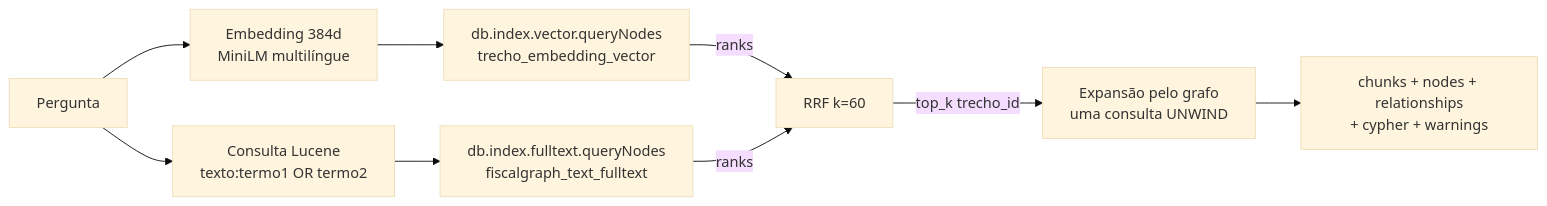
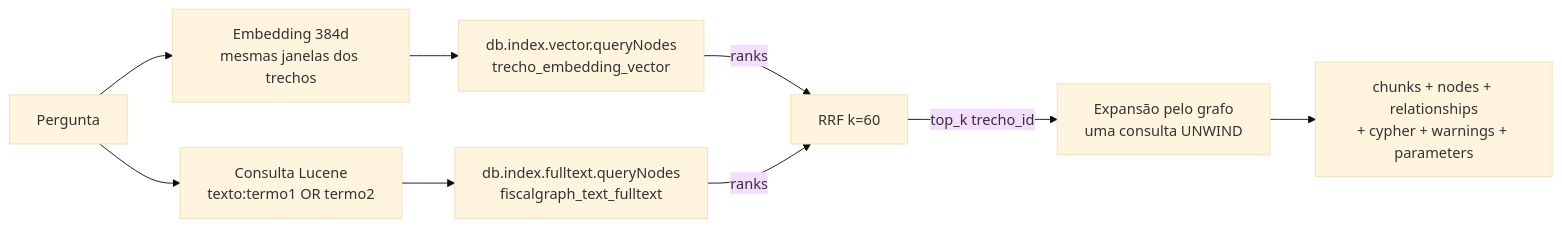
The diagram in docs/recuperacao-hibrida.md (Vitorfjs/fiscalgraph-br), drawn with Mermaid (base theme) before and after one commit. The commit also changed other lines of this file and 21 other files, not shown here.

````diff
--- a/docs/recuperacao-hibrida.md
+++ b/docs/recuperacao-hibrida.md
@@ -46,11 +51,11 @@
 ```mermaid
 flowchart LR
-    Q[Pergunta] --> E[Embedding 384d<br/>MiniLM multilíngue]
+    Q[Pergunta] --> E[Embedding 384d<br/>mesmas janelas dos trechos]
     Q --> L[Consulta Lucene<br/>texto:termo1 OR termo2]
     E --> V[db.index.vector.queryNodes<br/>trecho_embedding_vector]
     L --> F[db.index.fulltext.queryNodes<br/>fiscalgraph_text_fulltext]
     V -->|ranks| R[RRF k=60]
     F -->|ranks| R
     R -->|top_k trecho_id| X[Expansão pelo grafo<br/>uma consulta UNWIND]
-    X --> O[chunks + nodes + relationships<br/>+ cypher + warnings]
+    X --> O[chunks + nodes + relationships<br/>+ cypher + warnings + parameters]
 ```
````
